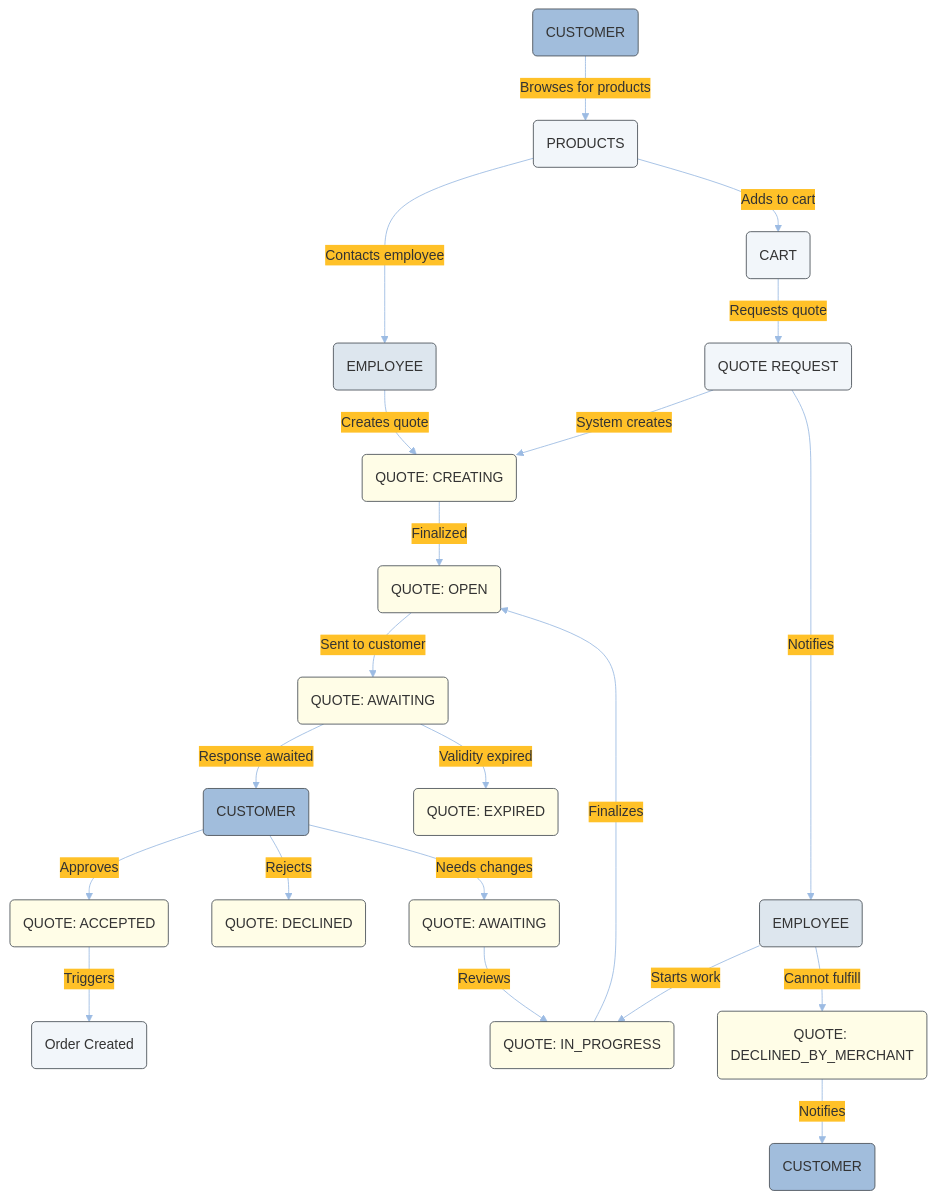
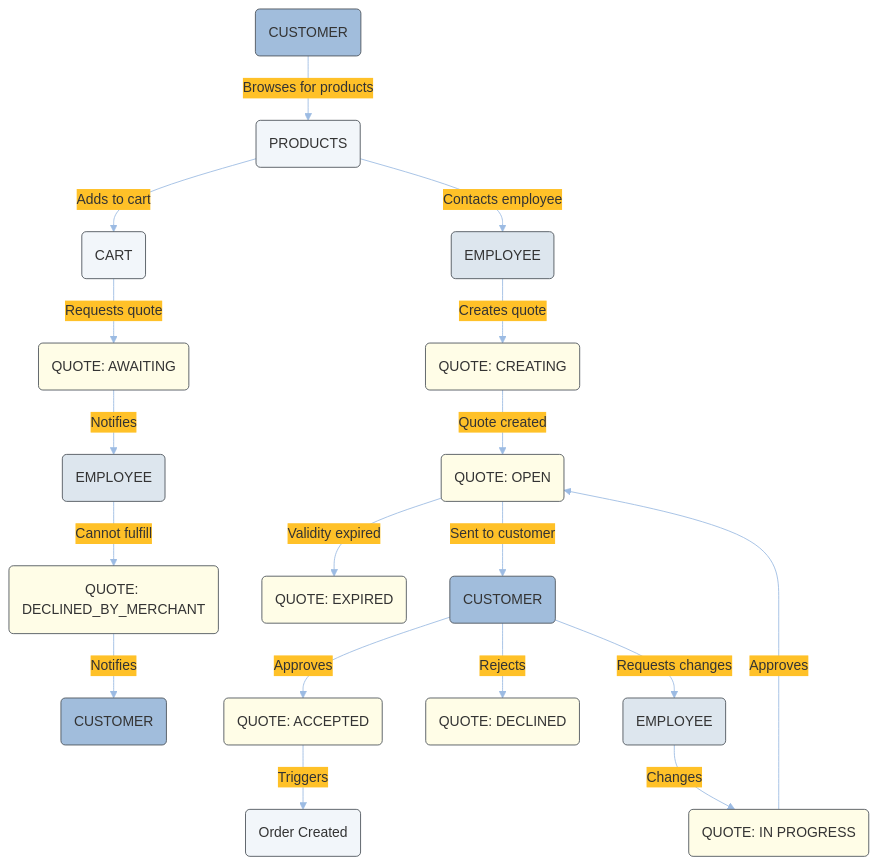
One commit to emporix/api-references changed the diagram in quotes/quote/quote.md. Above: the diagram before and after it, drawn with Mermaid. The commit also changed other lines of this file, not shown here.

````diff
--- a/quotes/quote/quote.md
+++ b/quotes/quote/quote.md
@@ -47,70 +62,66 @@
 ```mermaid
 ---
 config:
   layout: fixed
   theme: base
   look: classic
   themeVariables:
     background: transparent
     lineColor: "#9CBBE3"
     arrowheadColor: "#9CBBE3"
     edgeLabelBackground: "#FFC128" 
     edgeLabelTextColor: "#4C5359"
     actorBorder: '#4C5359'
 ---
 graph TD
     CUSTOMER1(CUSTOMER)
     PRODUCTS(PRODUCTS)
     
     CUSTOMER1 -->|Browses for products| PRODUCTS
     
     PRODUCTS -->|Contacts employee| EMPLOYEE1(EMPLOYEE)
     PRODUCTS -->|Adds to cart| CART(CART)
     
     EMPLOYEE1 -->|Creates quote| CREATING(QUOTE: CREATING)
-    CART -->|Requests quote| QUOTE_REQUEST(QUOTE REQUEST)
+    CART -->|Requests quote| QUOTE_REQUEST(QUOTE: AWAITING)
     
-    QUOTE_REQUEST -->|System creates| CREATING
     QUOTE_REQUEST -->|Notifies| EMPLOYEE2(EMPLOYEE)
     
-    CREATING -->|Finalized| OPEN(QUOTE: OPEN)
-    EMPLOYEE2 -->|Starts work| IN_PROGRESS(QUOTE: IN_PROGRESS)
+    CREATING -->|Quote created| OPEN(QUOTE: OPEN)
     
-    IN_PROGRESS -->|Finalizes| OPEN
+    
+    IN_PROGRESS -->|Approves| OPEN
     EMPLOYEE2 -->|Cannot fulfill| DECLINED_MERCHANT(QUOTE: DECLINED_BY_MERCHANT)
     
     DECLINED_MERCHANT -->|Notifies| CUSTOMER3(CUSTOMER)
+
+    OPEN -->|Validity expired| EXPIRED(QUOTE: EXPIRED)
     
-    OPEN -->|Sent to customer| AWAITING_CUSTOMER(QUOTE: AWAITING)
-    
-    AWAITING_CUSTOMER -->|Response awaited| CUSTOMER2(CUSTOMER)
-    AWAITING_CUSTOMER -->|Validity expired| EXPIRED(QUOTE: EXPIRED)
+    OPEN -->|Sent to customer| CUSTOMER2(CUSTOMER)
     
     CUSTOMER2 -->|Approves| ACCEPTED(QUOTE: ACCEPTED)
     CUSTOMER2 -->|Rejects| DECLINED(QUOTE: DECLINED)
-    CUSTOMER2 -->|Needs changes| AWAITING_EMPLOYEE(QUOTE: AWAITING)
-    
-    AWAITING_EMPLOYEE -->|Reviews| IN_PROGRESS
+    CUSTOMER2 -->|Requests changes| EMPLOYEE3(EMPLOYEE)
+    EMPLOYEE3 -->|Changes| IN_PROGRESS(QUOTE: IN PROGRESS)
     
     ACCEPTED -->|Triggers| ORDER(Order Created)
     
     style CREATING fill:#FFFDE7, stroke:#4C5359
     style OPEN fill:#FFFDE7, stroke:#4C5359
-    style AWAITING_CUSTOMER fill:#FFFDE7, stroke:#4C5359
-    style AWAITING_EMPLOYEE fill:#FFFDE7, stroke:#4C5359
     style IN_PROGRESS fill:#FFFDE7, stroke:#4C5359
     style ACCEPTED fill:#FFFDE7, stroke:#4C5359
     style DECLINED fill:#FFFDE7, stroke:#4C5359
     style DECLINED_MERCHANT fill:#FFFDE7, stroke:#4C5359
     style EXPIRED fill:#FFFDE7, stroke:#4C5359
 
     style CUSTOMER1 fill:#A1BDDC, stroke:#4C5359
     style CUSTOMER2 fill:#A1BDDC, stroke:#4C5359
     style CUSTOMER3 fill:#A1BDDC, stroke:#4C5359
     style EMPLOYEE1 fill:#DDE6EE, stroke:#4C5359
     style EMPLOYEE2 fill:#DDE6EE, stroke:#4C5359
+    style EMPLOYEE3 fill:#DDE6EE, stroke:#4C5359
     style CART fill:#F2F6FA, stroke:#4C5359
     style PRODUCTS fill:#F2F6FA, stroke:#4C5359
-    style QUOTE_REQUEST fill:#F2F6FA, stroke:#4C5359
+    style QUOTE_REQUEST fill:#FFFDE7, stroke:#4C5359
     style ORDER fill:#F2F6FA, stroke:#4C5359
 ```
````
